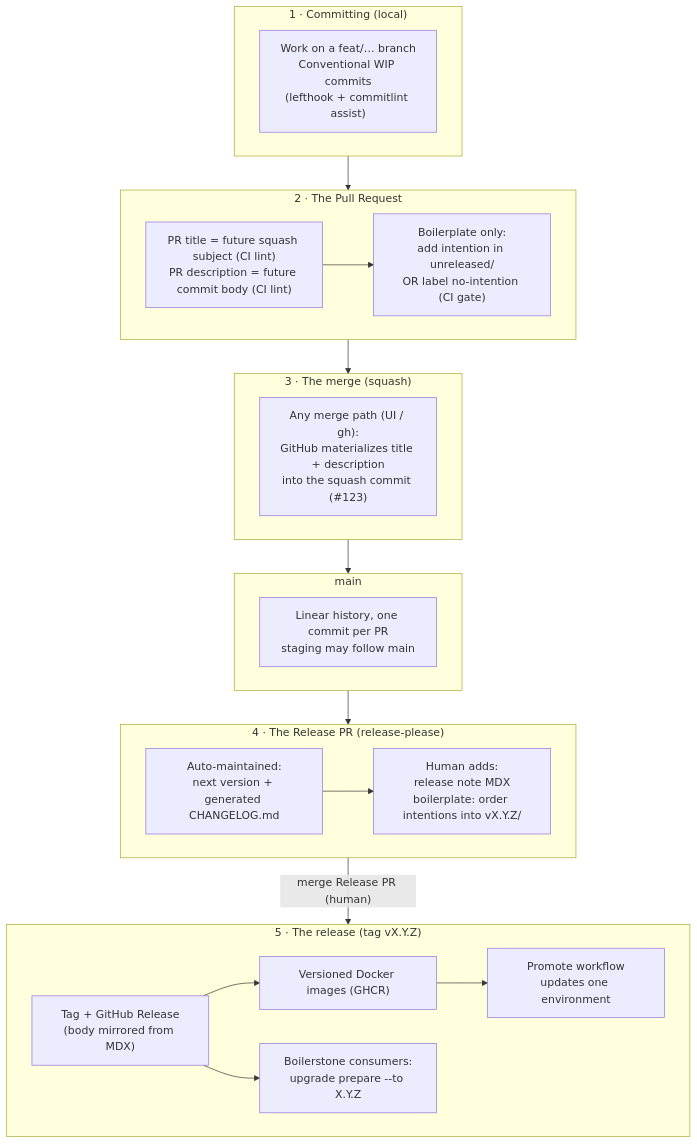
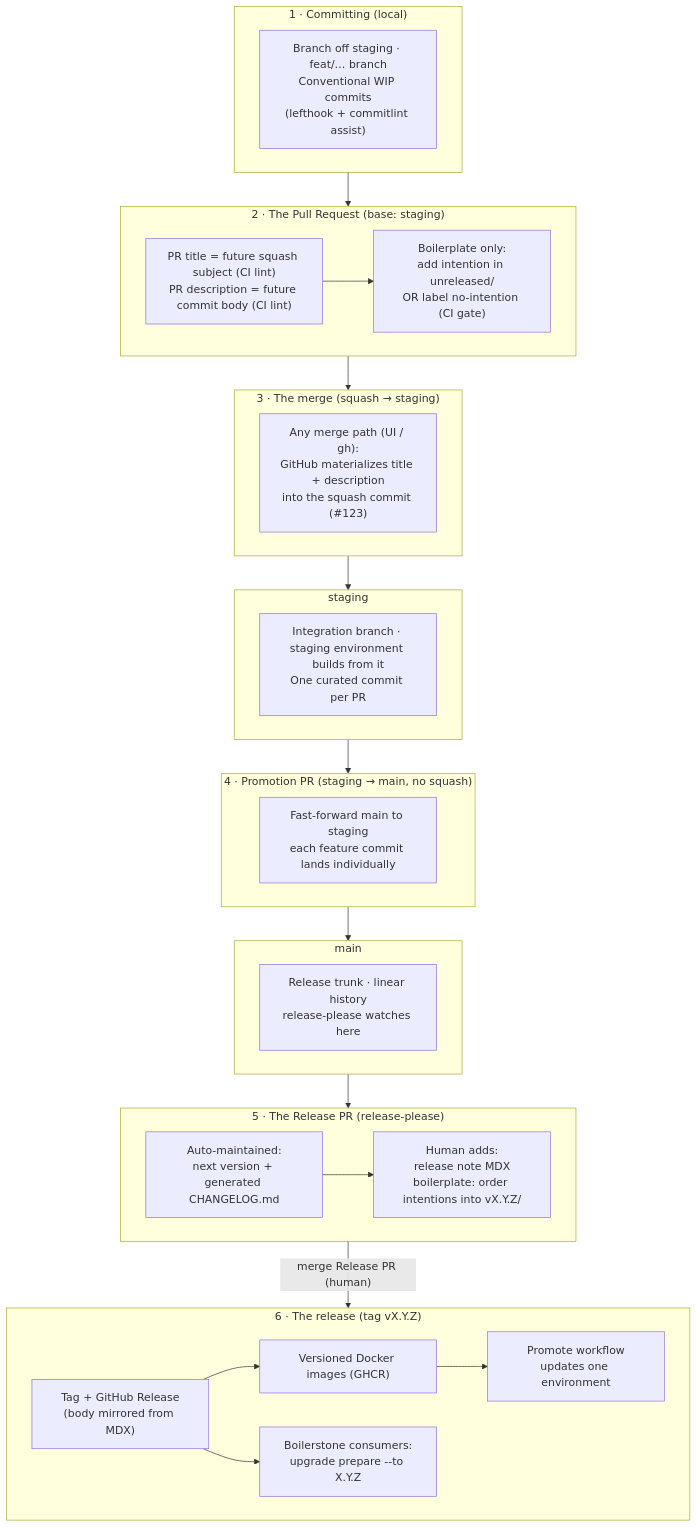
The fourth of 4 diagrams in apps/documentation/src/content/docs/explanations/2_contribution-and-release.mdx (tatiana-grange/grocery), drawn with Mermaid before and after one commit. The commit also changed other lines of this file and 33 other files, not shown here.

````diff
--- a/apps/documentation/src/content/docs/explanations/2_contribution-and-release.mdx
+++ b/apps/documentation/src/content/docs/explanations/2_contribution-and-release.mdx
@@ -169,38 +187,46 @@
 ```mermaid
 flowchart TD
     subgraph LOCAL["1 · Committing (local)"]
-        A["Work on a feat/… branch<br/>Conventional WIP commits<br/>(lefthook + commitlint assist)"]
+        A["Branch off staging · feat/… branch<br/>Conventional WIP commits<br/>(lefthook + commitlint assist)"]
     end
 
-    subgraph PR["2 · The Pull Request"]
+    subgraph PR["2 · The Pull Request (base: staging)"]
         B["PR title = future squash subject (CI lint)<br/>PR description = future commit body (CI lint)"]
         B2["Boilerplate only:<br/>add intention in unreleased/<br/>OR label no-intention (CI gate)"]
         B --> B2
     end
 
-    subgraph MERGE["3 · The merge (squash)"]
+    subgraph MERGE["3 · The merge (squash → staging)"]
         C["Any merge path (UI / gh):<br/>GitHub materializes title + description<br/>into the squash commit (#123)"]
     end
 
-    subgraph MAIN["main"]
-        D["Linear history, one commit per PR<br/>staging may follow main"]
+    subgraph STG["staging"]
+        S["Integration branch · staging environment builds from it<br/>One curated commit per PR"]
     end
 
-    subgraph RELPR["4 · The Release PR (release-please)"]
+    subgraph PROMO["4 · Promotion PR (staging → main, no squash)"]
+        P["Fast-forward main to staging<br/>each feature commit lands individually"]
+    end
+
+    subgraph MAIN["main"]
+        D["Release trunk · linear history<br/>release-please watches here"]
+    end
+
+    subgraph RELPR["5 · The Release PR (release-please)"]
         E["Auto-maintained:<br/>next version + generated CHANGELOG.md"]
         E2["Human adds:<br/>release note MDX<br/>boilerplate: order intentions into vX.Y.Z/"]
         E --> E2
     end
 
-    subgraph REL["5 · The release (tag vX.Y.Z)"]
+    subgraph REL["6 · The release (tag vX.Y.Z)"]
         F["Tag + GitHub Release<br/>(body mirrored from MDX)"]
         F2["Versioned Docker images (GHCR)"]
         F3["Promote workflow<br/>updates one environment"]
         F4["Boilerstone consumers:<br/>upgrade prepare --to X.Y.Z"]
         F --> F2 --> F3
         F --> F4
     end
 
-    LOCAL --> PR --> MERGE --> MAIN --> RELPR
+    LOCAL --> PR --> MERGE --> STG --> PROMO --> MAIN --> RELPR
     RELPR -->|"merge Release PR (human)"| REL
 ```
````
